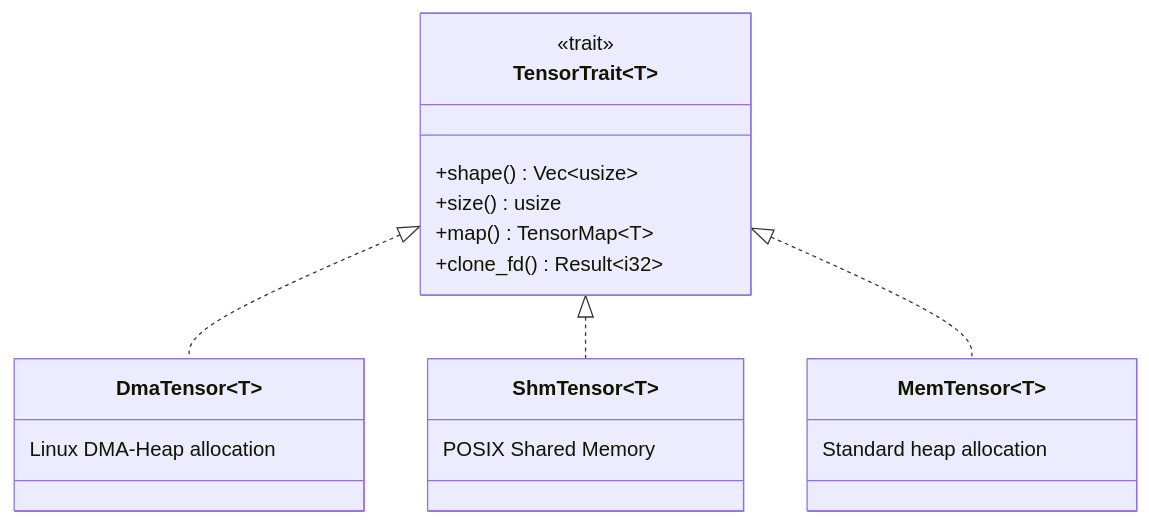
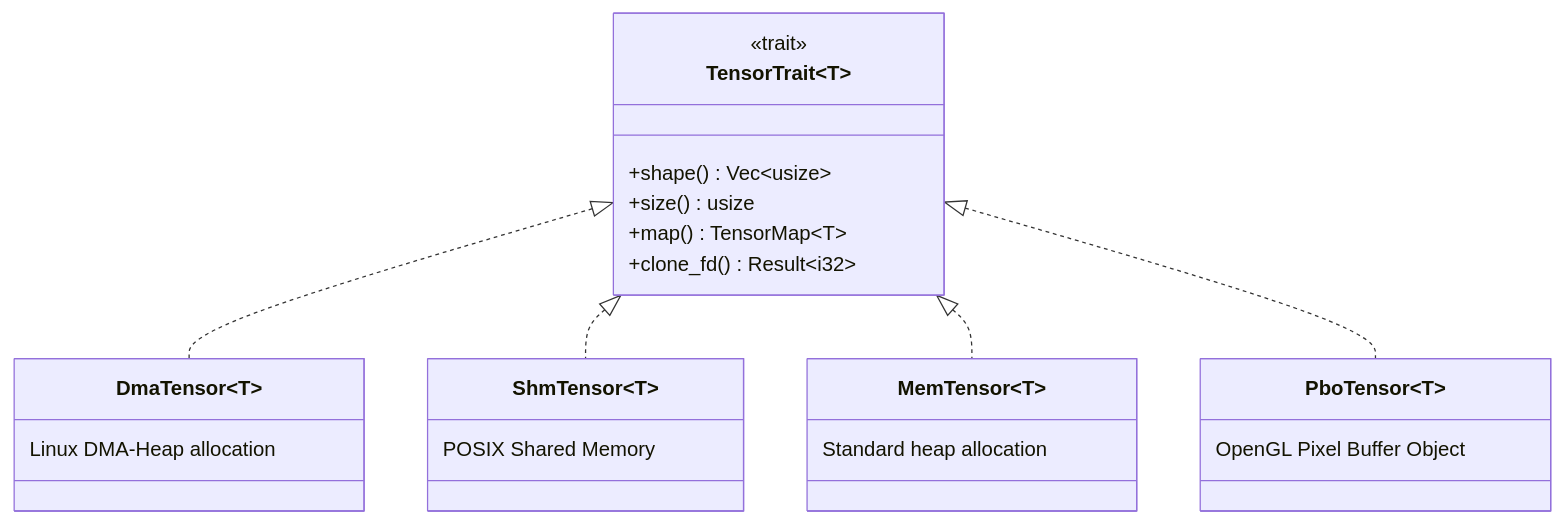
Before and after one commit to EdgeFirstAI/hal: the second of 12 diagrams in ARCHITECTURE.md, drawn with Mermaid. The commit also changed other lines of this file and 2 other files, not shown here.

First line of the commit message:
EDGEAI-1088: document PBO tensor backend, create_image API, and platform GPU support

````diff
--- a/ARCHITECTURE.md
+++ b/ARCHITECTURE.md
@@ -55,26 +55,31 @@
 ```mermaid
 classDiagram
     class TensorTrait~T~ {
         <<trait>>
         +shape() Vec~usize~
         +size() usize
         +map() TensorMap~T~
         +clone_fd() Result~i32~
     }
     
     class DmaTensor~T~ {
         Linux DMA-Heap allocation
     }
     
     class ShmTensor~T~ {
         POSIX Shared Memory
     }
     
     class MemTensor~T~ {
         Standard heap allocation
     }
-    
+
+    class PboTensor~T~ {
+        OpenGL Pixel Buffer Object
+    }
+
     TensorTrait <|.. DmaTensor
     TensorTrait <|.. ShmTensor
     TensorTrait <|.. MemTensor
+    TensorTrait <|.. PboTensor
 ```
````
